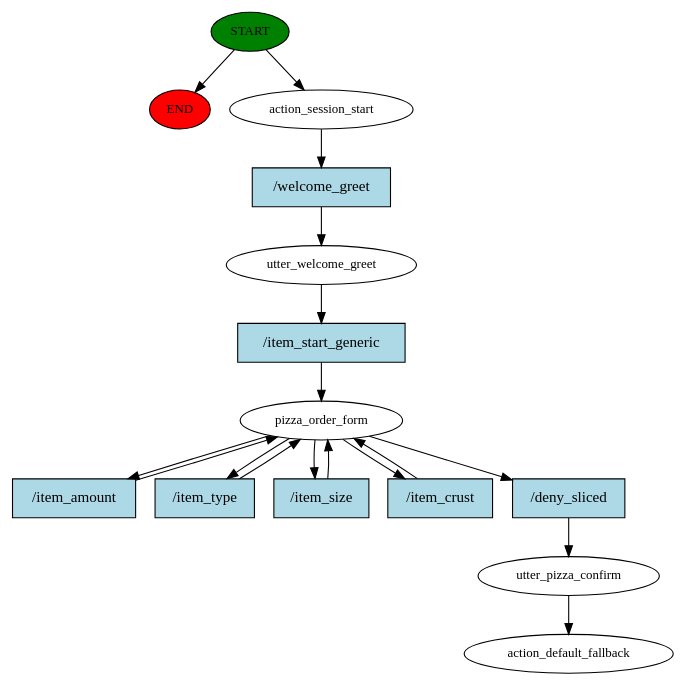
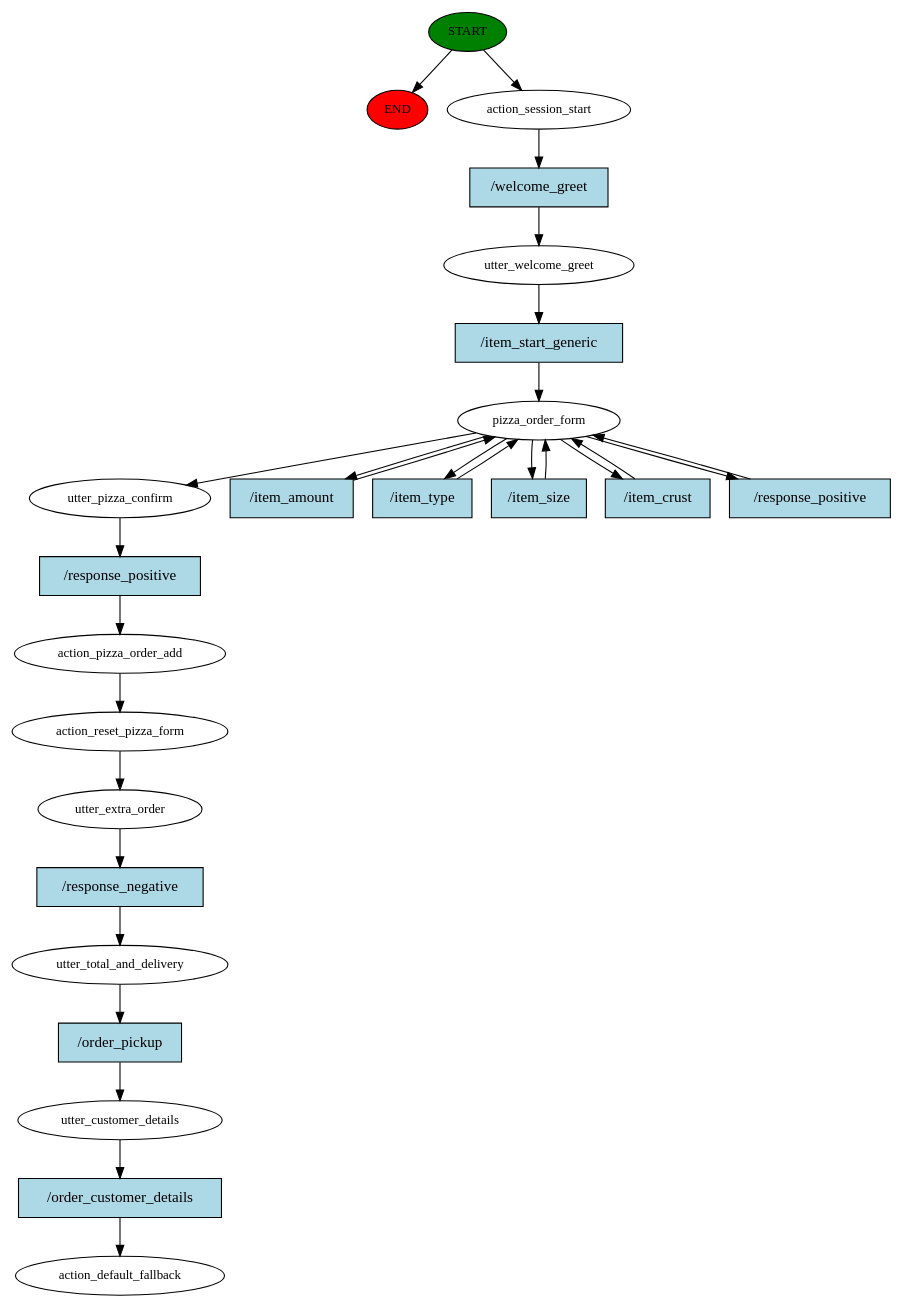
Before and after one commit to pasterzewa/HMD-PizzaBot-project: the diagram in story_graph.dot, drawn with Graphviz. The commit also changed 337 other files, not shown here.

Commit message:
flow works

```diff
--- a/story_graph.dot
+++ b/story_graph.dot
@@ -1,33 +1,52 @@
 digraph  {
 0 [class="start active", fillcolor=green, fontsize=12, label=START, style=filled];
 "-1" [class=end, fillcolor=red, fontsize=12, label=END, style=filled];
 1 [class=active, fontsize=12, label=action_session_start];
 2 [class=active, fontsize=12, label=utter_welcome_greet];
 3 [class=active, fontsize=12, label=pizza_order_form];
-8 [class=active, fontsize=12, label=utter_pizza_confirm];
-9 [class="dashed active", fontsize=12, label=action_default_fallback];
-10 [class="intent active", fillcolor=lightblue, label="/welcome_greet", shape=rect, style=filled];
-11 [class="intent active", fillcolor=lightblue, label="/item_start_generic", shape=rect, style=filled];
-12 [class="intent active", fillcolor=lightblue, label="/item_amount", shape=rect, style=filled];
-13 [class="intent active", fillcolor=lightblue, label="/item_type", shape=rect, style=filled];
-14 [class="intent active", fillcolor=lightblue, label="/item_size", shape=rect, style=filled];
-15 [class="intent active", fillcolor=lightblue, label="/item_crust", shape=rect, style=filled];
-16 [class="intent active", fillcolor=lightblue, label="/deny_sliced", shape=rect, style=filled];
+9 [class=active, fontsize=12, label=utter_pizza_confirm];
+10 [class=active, fontsize=12, label=action_pizza_order_add];
+11 [class=active, fontsize=12, label=action_reset_pizza_form];
+12 [class=active, fontsize=12, label=utter_extra_order];
+13 [class=active, fontsize=12, label=utter_total_and_delivery];
+14 [class=active, fontsize=12, label=utter_customer_details];
+15 [class="dashed active", fontsize=12, label=action_default_fallback];
+16 [class="intent active", fillcolor=lightblue, label="/welcome_greet", shape=rect, style=filled];
+17 [class="intent active", fillcolor=lightblue, label="/item_start_generic", shape=rect, style=filled];
+18 [class="intent active", fillcolor=lightblue, label="/item_amount", shape=rect, style=filled];
+19 [class="intent active", fillcolor=lightblue, label="/item_type", shape=rect, style=filled];
+20 [class="intent active", fillcolor=lightblue, label="/item_size", shape=rect, style=filled];
+21 [class="intent active", fillcolor=lightblue, label="/item_crust", shape=rect, style=filled];
+22 [class="intent active", fillcolor=lightblue, label="/response_positive", shape=rect, style=filled];
+23 [class="intent active", fillcolor=lightblue, label="/response_positive", shape=rect, style=filled];
+24 [class="intent active", fillcolor=lightblue, label="/response_negative", shape=rect, style=filled];
+25 [class="intent active", fillcolor=lightblue, label="/order_pickup", shape=rect, style=filled];
+26 [class="intent active", fillcolor=lightblue, label="/order_customer_details", shape=rect, style=filled];
 0 -> "-1"  [class="", key=NONE, label=""];
 0 -> 1  [class=active, key=NONE, label=""];
-1 -> 10  [class=active, key=0];
-2 -> 11  [class=active, key=0];
-3 -> 12  [class=active, key=0];
-3 -> 13  [class=active, key=0];
-3 -> 14  [class=active, key=0];
-3 -> 15  [class=active, key=0];
-3 -> 16  [class=active, key=0];
-8 -> 9  [class=active, key=NONE, label=""];
-10 -> 2  [class=active, key=0];
-11 -> 3  [class=active, key=0];
-12 -> 3  [class=active, key=0];
-13 -> 3  [class=active, key=0];
-14 -> 3  [class=active, key=0];
-15 -> 3  [class=active, key=0];
-16 -> 8  [class=active, key=0];
+1 -> 16  [class=active, key=0];
+2 -> 17  [class=active, key=0];
+3 -> 9  [class=active, key=NONE, label=""];
+3 -> 18  [class=active, key=0];
+3 -> 19  [class=active, key=0];
+3 -> 20  [class=active, key=0];
+3 -> 21  [class=active, key=0];
+3 -> 22  [class=active, key=0];
+9 -> 23  [class=active, key=0];
+10 -> 11  [class=active, key=NONE, label=""];
+11 -> 12  [class=active, key=NONE, label=""];
+12 -> 24  [class=active, key=0];
+13 -> 25  [class=active, key=0];
+14 -> 26  [class=active, key=0];
+16 -> 2  [class=active, key=0];
+17 -> 3  [class=active, key=0];
+18 -> 3  [class=active, key=0];
+19 -> 3  [class=active, key=0];
+20 -> 3  [class=active, key=0];
+21 -> 3  [class=active, key=0];
+22 -> 3  [class=active, key=0];
+23 -> 10  [class=active, key=0];
+24 -> 13  [class=active, key=0];
+25 -> 14  [class=active, key=0];
+26 -> 15  [class=active, key=0];
 }
```
